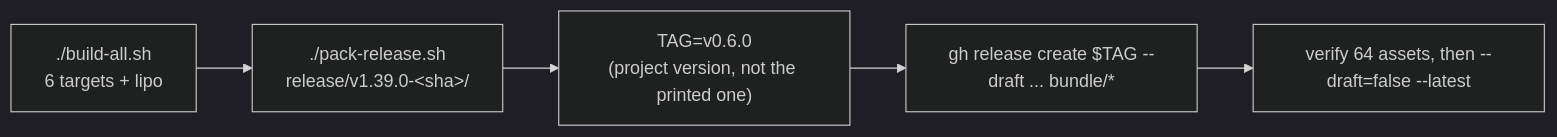
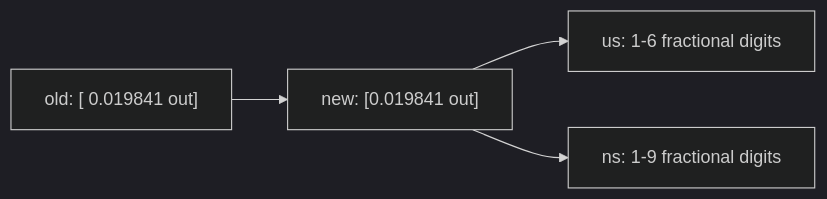
Before and after one commit to rob-c/busybox-static: the diagram in docs/gotchas/releasing-0-6-0-pack-release-s-printed-tag-is-the-upstream-one.md, drawn with Mermaid (dark theme). The commit also changed other lines of this file, not shown here.

Commit message:
docs: trimmed timeline stamps — assert 1-6 digits, not a fixed width

````diff
--- a/docs/gotchas/releasing-0-6-0-pack-release-s-printed-tag-is-the-upstream-one.md
+++ b/docs/gotchas/releasing-0-6-0-pack-release-s-printed-tag-is-the-upstream-one.md
@@ -11,7 +11,6 @@
 ```mermaid
 flowchart LR
-  A["./build-all.sh<br/>6 targets + lipo"] --> B["./pack-release.sh<br/>release/v1.39.0-&lt;sha&gt;/"]
-  B --> C["TAG=v0.6.0<br/>(project version, not the printed one)"]
-  C --> D["gh release create $TAG --draft ... bundle/*"]
-  D --> E["verify 64 assets, then --draft=false --latest"]
+  A["old: [   0.019841 out]"] --> B["new: [0.019841 out]"]
+  B --> C["us: 1-6 fractional digits"]
+  B --> D["ns: 1-9 fractional digits"]
 ```
````
